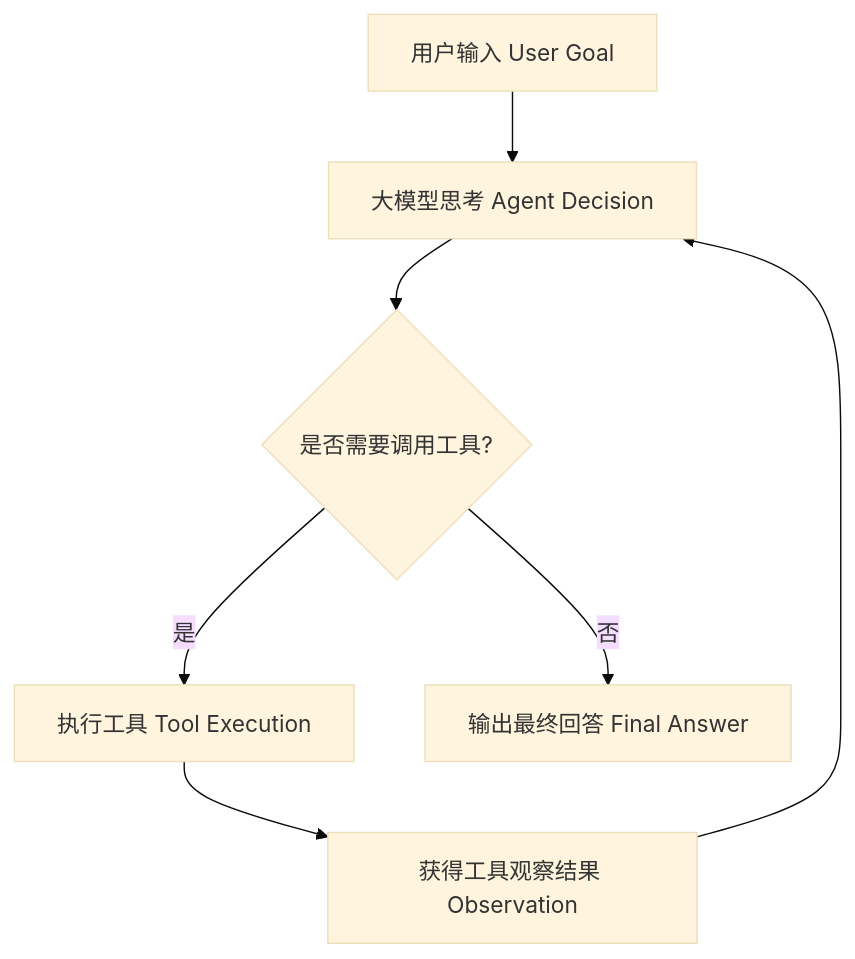
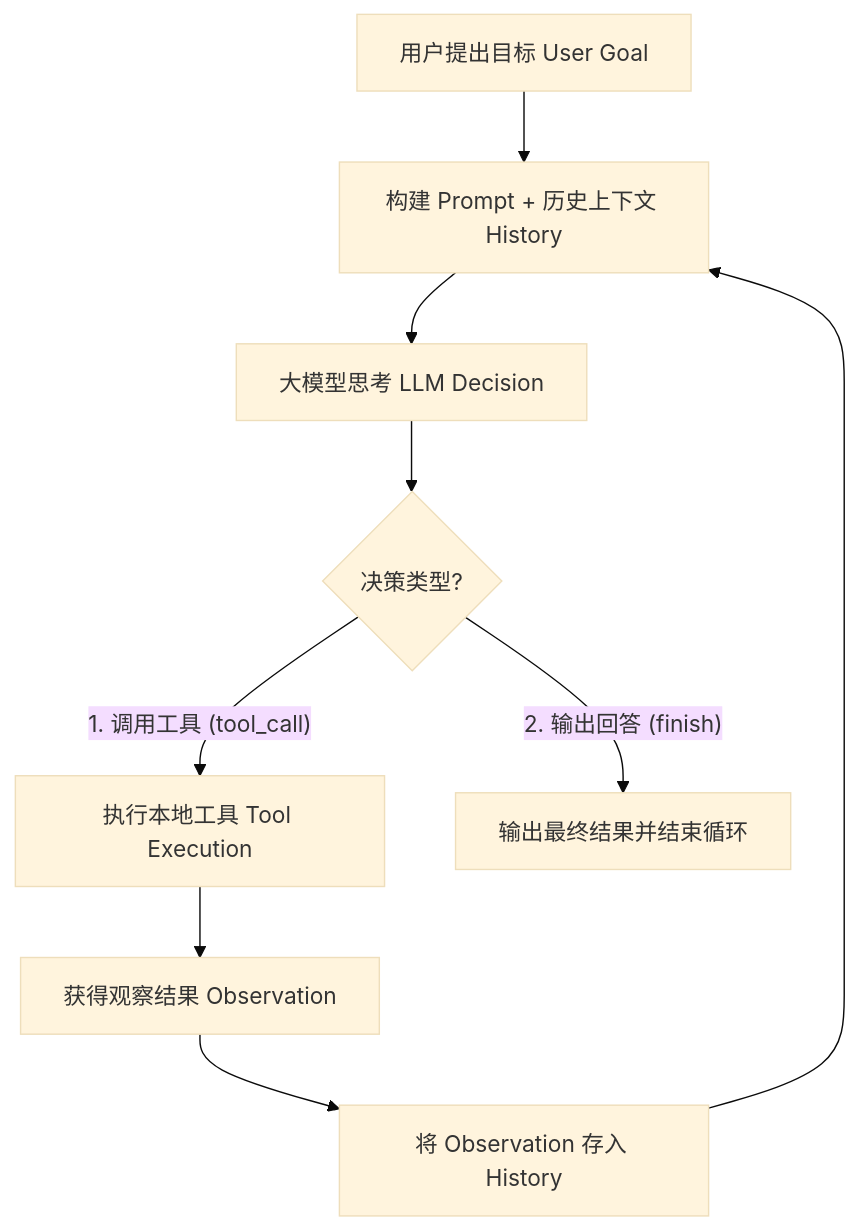
Before and after one commit to heycalvin/AiAgentLearn: the diagram in notes/pi-agent/01-agent-loop.md, drawn with Mermaid (base theme). The commit also changed other lines of this file and 11 other files, not shown here.

````diff
--- a/notes/pi-agent/01-agent-loop.md
+++ b/notes/pi-agent/01-agent-loop.md
@@ -10,9 +8,11 @@
 ```mermaid
 graph TD
-    A[用户输入 User Goal] --> B[大模型思考 Agent Decision]
-    B --> C{是否需要调用工具?}
-    C -- 是 --> D[执行工具 Tool Execution]
-    D --> E[获得工具观察结果 Observation]
-    E --> B
-    C -- 否 --> F[输出最终回答 Final Answer]
+    A[用户提出目标 User Goal] --> B[构建 Prompt + 历史上下文 History]
+    B --> C[大模型思考 LLM Decision]
+    C --> D{决策类型?}
+    D -- 1. 调用工具 (tool_call) --> E[执行本地工具 Tool Execution]
+    E --> F[获得观察结果 Observation]
+    F --> G[将 Observation 存入 History]
+    G --> B
+    D -- 2. 输出回答 (finish) --> H[输出最终结果并结束循环]
 ```
````
